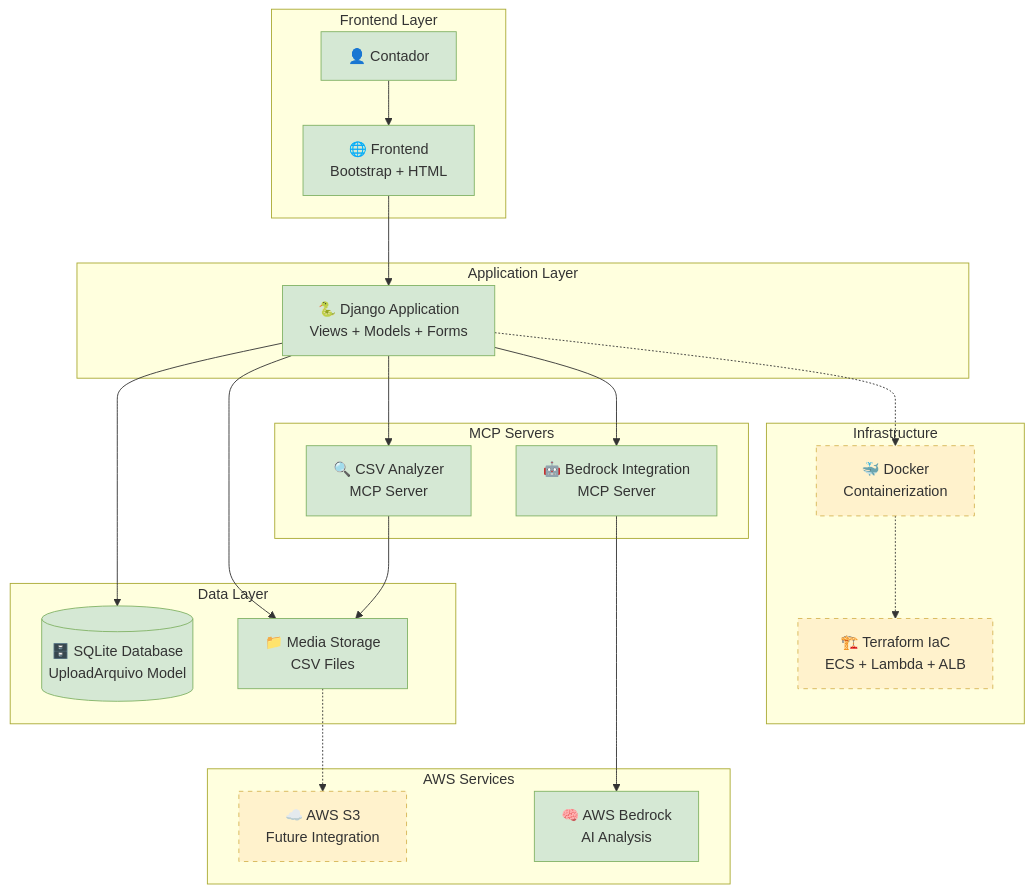
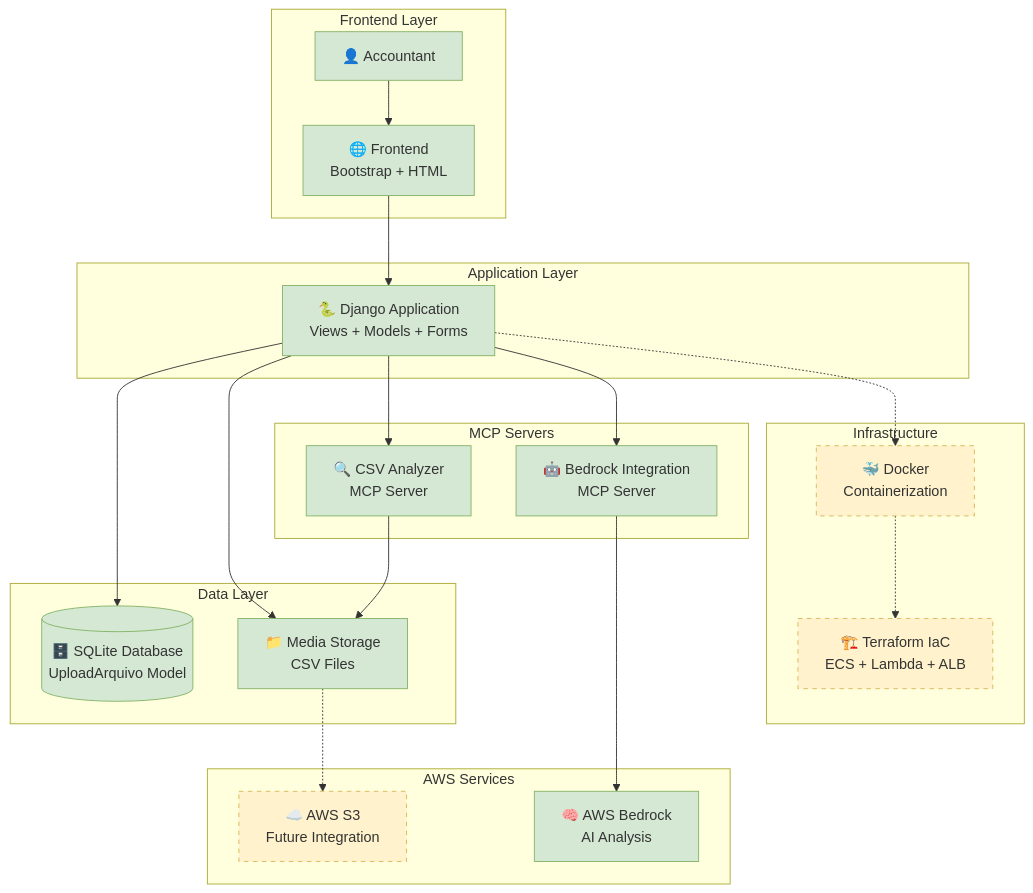
One commit to oVitorio-ac/ContAI-Finance changed the first of 2 diagrams in docs/architecture/architecture-mermaid.md. Above: the diagram before and after it, drawn with Mermaid. The commit also changed other lines of this file and 10 other files, not shown here.

````diff
--- a/docs/architecture/architecture-mermaid.md
+++ b/docs/architecture/architecture-mermaid.md
@@ -5,38 +5,38 @@
 ```mermaid
 graph TB
     subgraph "Frontend Layer"
-        U[👤 Contador] --> F[🌐 Frontend<br/>Bootstrap + HTML]
+        U[👤 Accountant] --> F[🌐 Frontend<br/>Bootstrap + HTML]
     end
     
     subgraph "Application Layer"
         F --> D[🐍 Django Application<br/>Views + Models + Forms]
     end
     
     subgraph "Data Layer"
         D --> DB[(🗄️ SQLite Database<br/>UploadArquivo Model)]
         D --> FS[📁 Media Storage<br/>CSV Files]
     end
     
     subgraph "MCP Servers"
         D --> MCP1[🔍 CSV Analyzer<br/>MCP Server]
         D --> MCP2[🤖 Bedrock Integration<br/>MCP Server]
     end
     
     subgraph "AWS Services"
         MCP1 --> FS
         MCP2 --> AWS1[🧠 AWS Bedrock<br/>AI Analysis]
         FS -.-> AWS2[☁️ AWS S3<br/>Future Integration]
     end
     
     subgraph "Infrastructure"
         D -.-> DOCKER[🐳 Docker<br/>Containerization]
         DOCKER -.-> TERRA[🏗️ Terraform IaC<br/>ECS + Lambda + ALB]
     end
     
     classDef implemented fill:#d5e8d4,stroke:#82b366
     classDef future fill:#fff2cc,stroke:#d6b656,stroke-dasharray: 5 5
     classDef aws fill:#ff9999,stroke:#d79b00
     
     class U,F,D,DB,FS,MCP1,MCP2,AWS1 implemented
     class AWS2,DOCKER,TERRA future
 ```
````
